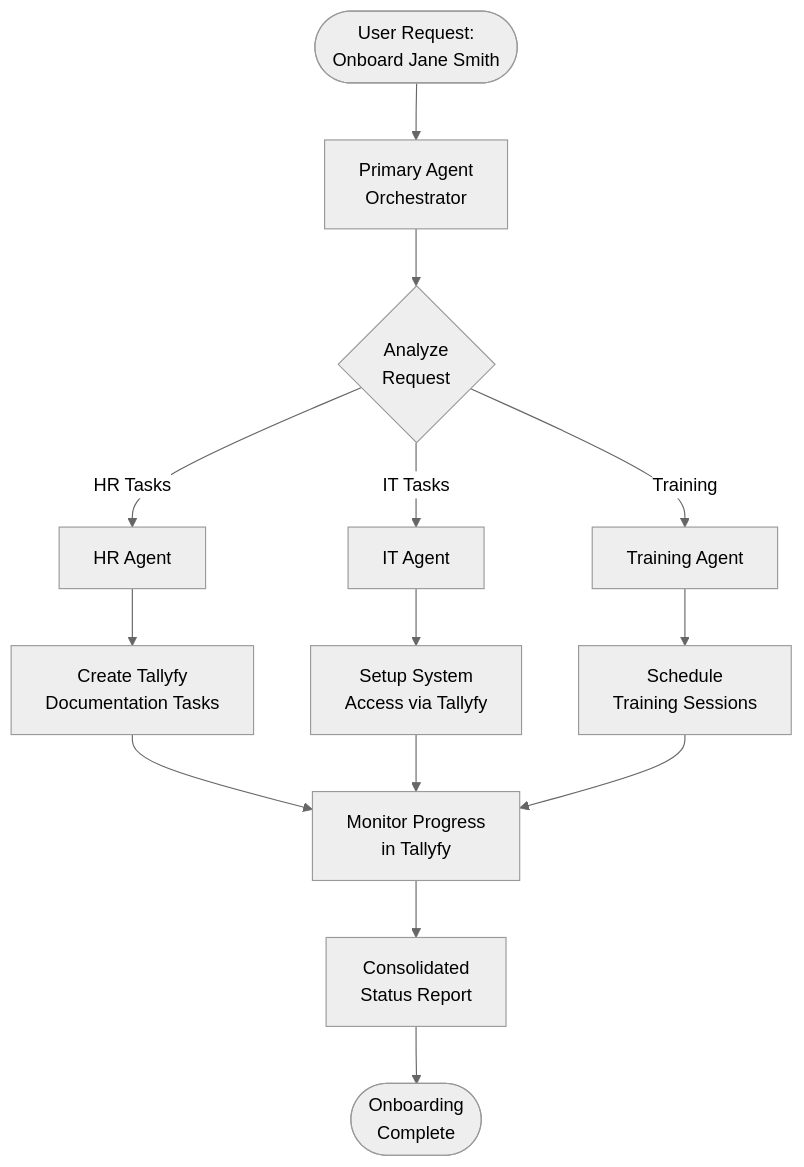
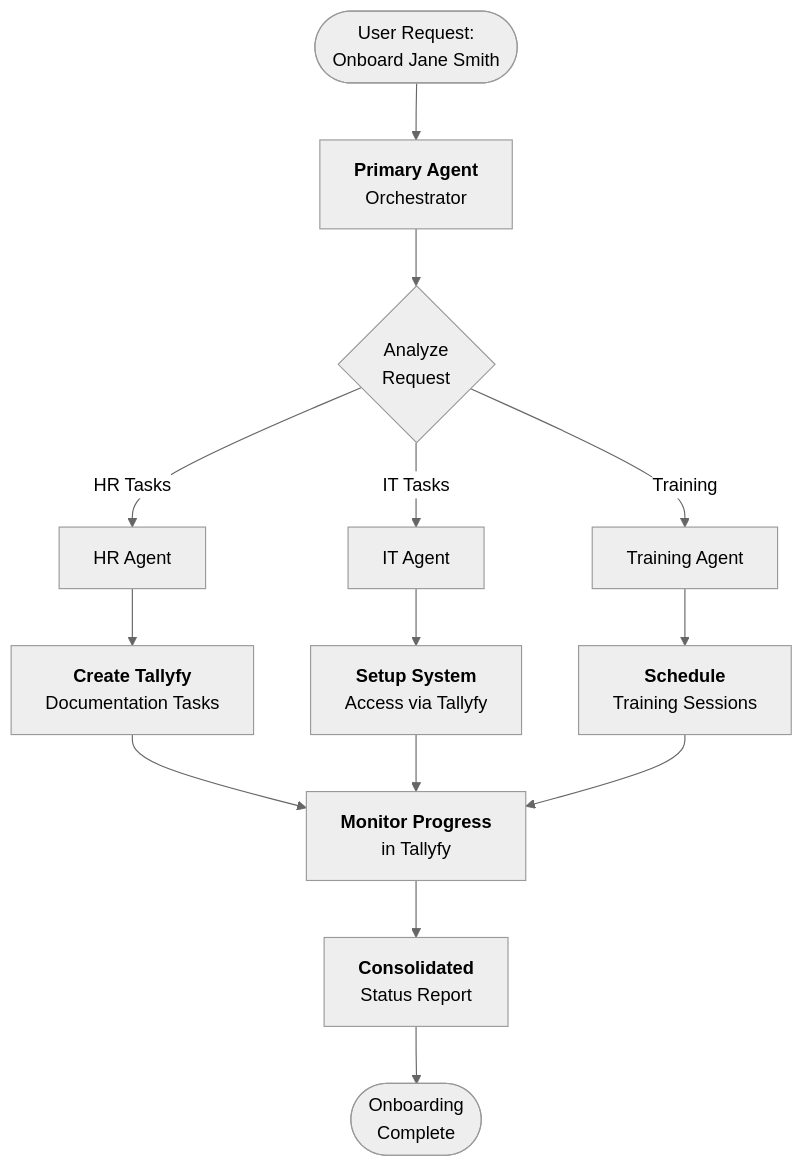
Before and after one commit to tallyfy/documentation: the second of 3 diagrams in src/content/docs/pro/integrations/mcp-server/microsoft-copilot-studio/index.mdx, drawn with Mermaid. The commit also changed other lines of this file and 22 other files, not shown here.

Commit message:
Adding changes to Mermaid

````diff
--- a/src/content/docs/pro/integrations/mcp-server/microsoft-copilot-studio/index.mdx
+++ b/src/content/docs/pro/integrations/mcp-server/microsoft-copilot-studio/index.mdx
@@ -90,25 +90,31 @@
 ```mermaid
 %%{init: {'theme':'neutral'}}%%
 flowchart TD
-    Start([User Request:<br/>Onboard Jane Smith]) --> Primary[Primary Agent<br/>Orchestrator]
+    Start([User Request:<br/>Onboard Jane Smith]) --> Primary["`**Primary Agent**
+Orchestrator`"]
     
     Primary --> Analyze{Analyze<br/>Request}
     
-    Analyze -->|HR Tasks| HR[HR Agent]
-    Analyze -->|IT Tasks| IT[IT Agent]  
-    Analyze -->|Training| Train[Training Agent]
+    Analyze -->|"`HR Tasks`"| HR[HR Agent]
+    Analyze -->|"`IT Tasks`"| IT[IT Agent]  
+    Analyze -->|"`Training`"| Train[Training Agent]
     
-    HR --> HR1[Create Tallyfy<br/>Documentation Tasks]
-    IT --> IT1[Setup System<br/>Access via Tallyfy]
-    Train --> T1[Schedule<br/>Training Sessions]
+    HR --> HR1["`**Create Tallyfy**
+Documentation Tasks`"]
+    IT --> IT1["`**Setup System**
+Access via Tallyfy`"]
+    Train --> T1["`**Schedule**
+Training Sessions`"]
     
-    HR1 --> Monitor[Monitor Progress<br/>in Tallyfy]
+    HR1 --> Monitor["`**Monitor Progress**
+in Tallyfy`"]
     IT1 --> Monitor
     T1 --> Monitor
     
-    Monitor --> Status[Consolidated<br/>Status Report]
+    Monitor --> Status["`**Consolidated**
+Status Report`"]
     Status --> End([Onboarding<br/>Complete])
     
     click HR1 "/products/pro/tracking-and-tasks/tasks/" "Task management"
     click Monitor "/products/pro/tracking-and-tasks/tracker-view/" "Process tracking"
 ```
````
